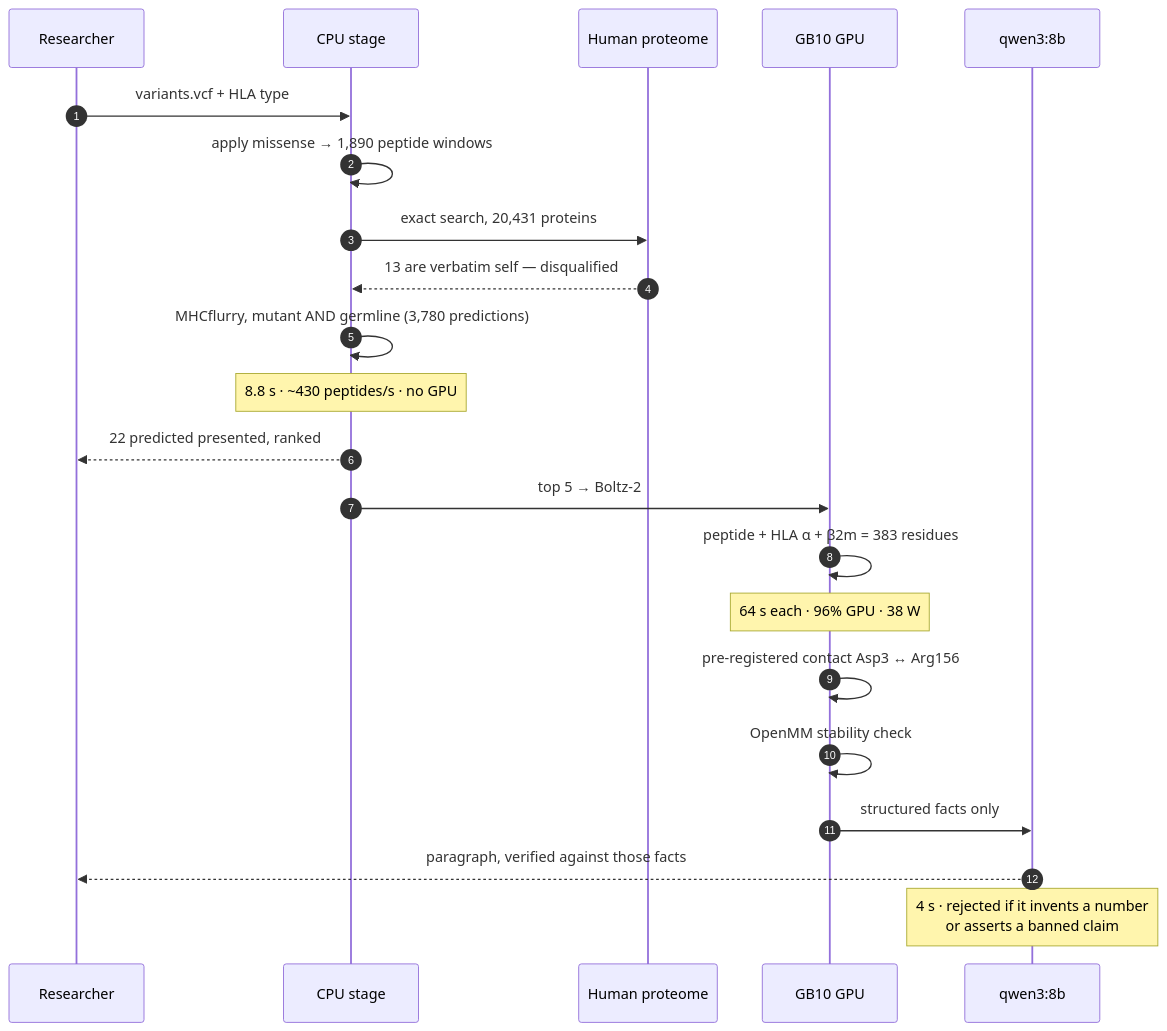
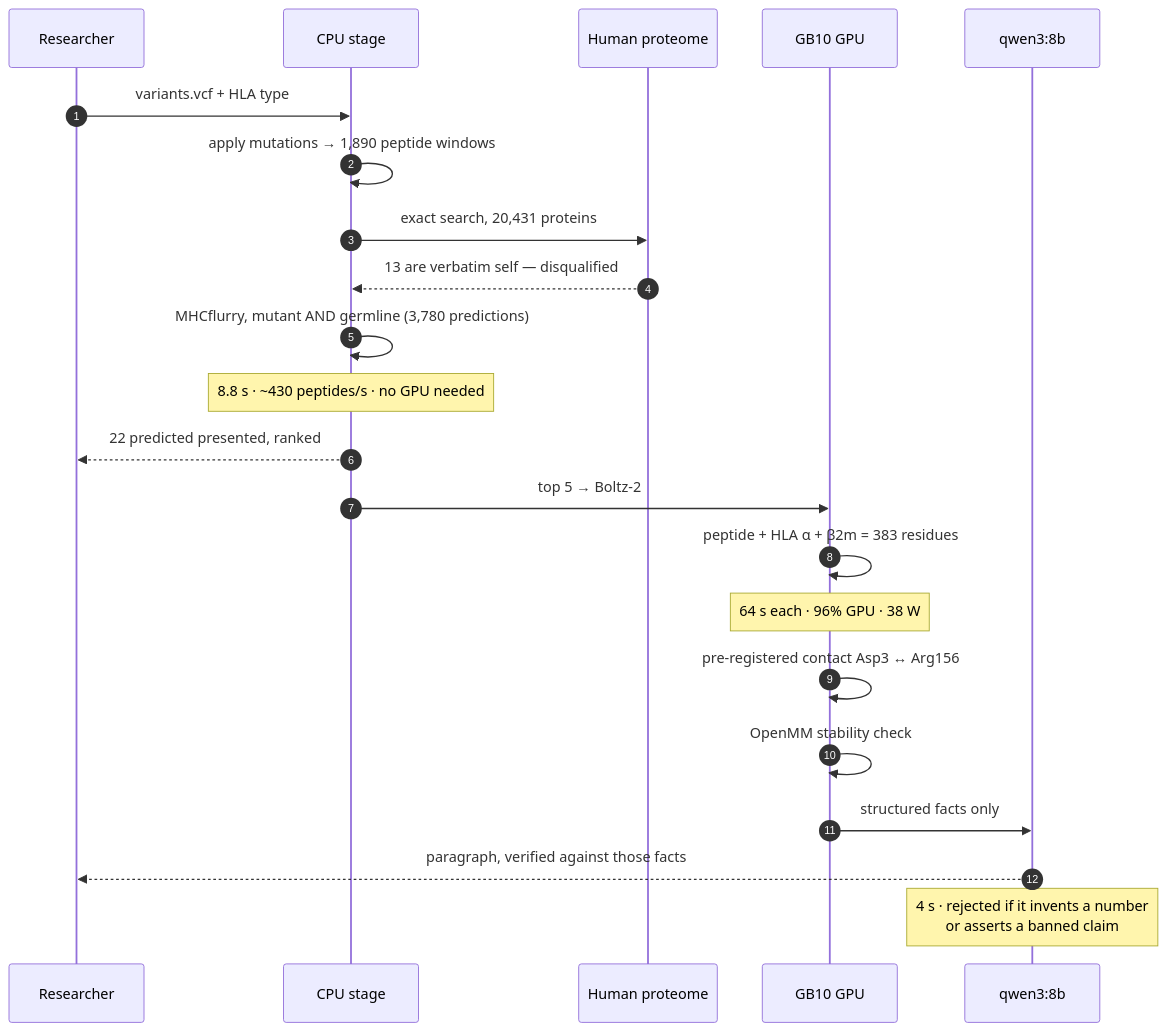
One commit to nitishsjsucs/neofold-edge changed the fifth of 7 diagrams in README.md. Above: the diagram before and after it, drawn with Mermaid. The commit also changed other lines of this file and 1 other file, not shown here.

````diff
--- a/README.md
+++ b/README.md
@@ -119,25 +211,25 @@
 ```mermaid
 sequenceDiagram
     autonumber
     participant U as Researcher
     participant C as CPU stage
     participant P as Human proteome
     participant G as GB10 GPU
     participant L as qwen3:8b
 
     U->>C: variants.vcf + HLA type
-    C->>C: apply missense → 1,890 peptide windows
+    C->>C: apply mutations → 1,890 peptide windows
     C->>P: exact search, 20,431 proteins
     P-->>C: 13 are verbatim self — disqualified
     C->>C: MHCflurry, mutant AND germline (3,780 predictions)
-    Note over C: 8.8 s · ~430 peptides/s · no GPU
+    Note over C: 8.8 s · ~430 peptides/s · no GPU needed
     C-->>U: 22 predicted presented, ranked
     C->>G: top 5 → Boltz-2
     G->>G: peptide + HLA α + β2m = 383 residues
     Note over G: 64 s each · 96% GPU · 38 W
     G->>G: pre-registered contact Asp3 ↔ Arg156
     G->>G: OpenMM stability check
     G->>L: structured facts only
     L-->>U: paragraph, verified against those facts
     Note over L: 4 s · rejected if it invents a number<br/>or asserts a banned claim
 ```
````
